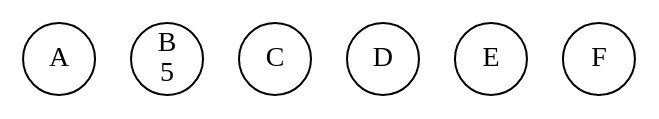
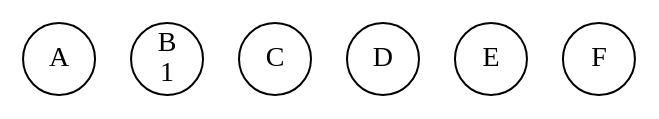
Before and after one commit to li23179/GO: the diagram in concurrency-lab-2/bank/out/0000000000.gv, drawn with Graphviz. The commit also changed 110 other files, not shown here.

```diff
--- a/concurrency-lab-2/bank/out/0000000000.gv
+++ b/concurrency-lab-2/bank/out/0000000000.gv
@@ -1,8 +1,8 @@
 digraph bank {
 	 0 [label= "A\n" , pos= "1,0!" , shape=circle, fixedsize=true, width=0.5 ]
-	 1 [label= "B\n5" , pos= "0,1!" , shape=circle, fixedsize=true, width=0.5 ]
+	 1 [label= "B\n1" , pos= "0,1!" , shape=circle, fixedsize=true, width=0.5 ]
 	 2 [label= "C\n" , pos= "1,2!" , shape=circle, fixedsize=true, width=0.5 ]
 	 3 [label= "D\n" , pos= "2,2!" , shape=circle, fixedsize=true, width=0.5 ]
 	 4 [label= "E\n" , pos= "3,1!" , shape=circle, fixedsize=true, width=0.5 ]
 	 5 [label= "F\n" , pos= "2,0!" , shape=circle, fixedsize=true, width=0.5 ]
 }
```
